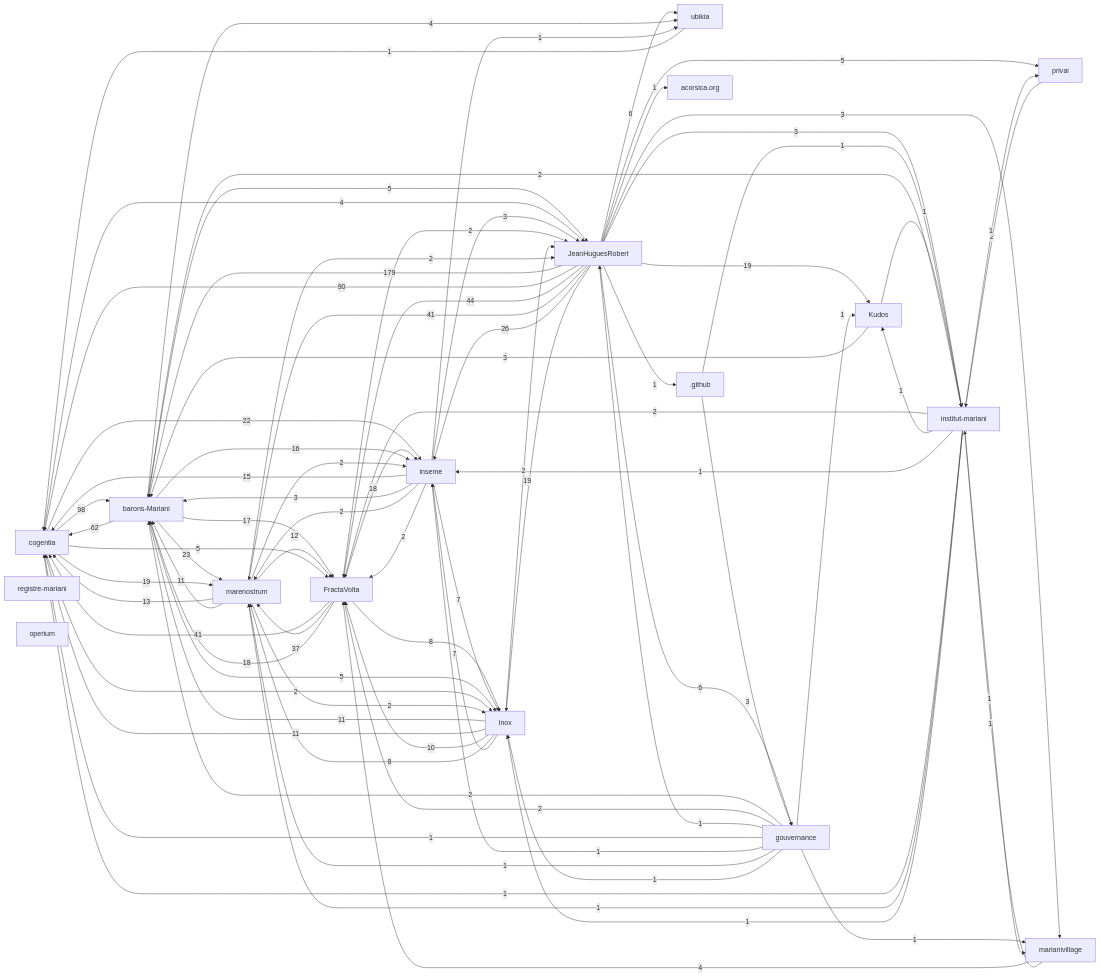
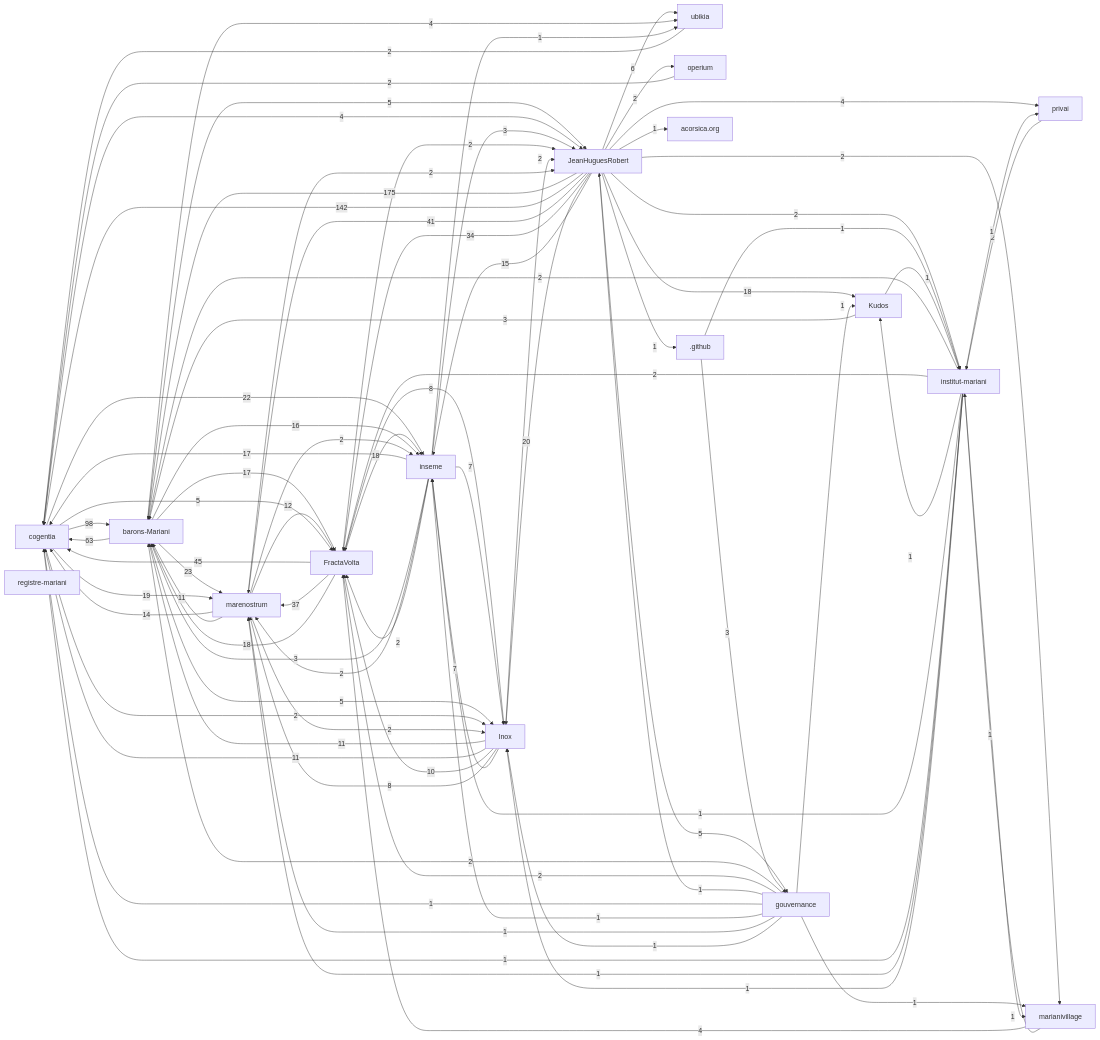
One commit to JeanHuguesRobert/FractaVolta changed the first of 2 diagrams in research/corpus-status.md. Above: the diagram before and after it, drawn with Mermaid. The commit also changed other lines of this file and 1 other file, not shown here.

Commit message:
Refresh corpus research index

````diff
--- a/research/corpus-status.md
+++ b/research/corpus-status.md
@@ -69,26 +69,26 @@
   r_kudos["Kudos"]
   r_github[".github"]
   r_acorsica_org["acorsica.org"]
-  r_jeanhuguesrobert -->|179| r_barons_mariani
+  r_jeanhuguesrobert -->|175| r_barons_mariani
+  r_jeanhuguesrobert -->|142| r_cogentia
   r_cogentia -->|98| r_barons_mariani
-  r_jeanhuguesrobert -->|90| r_cogentia
-  r_barons_mariani -->|62| r_cogentia
-  r_jeanhuguesrobert -->|44| r_fractavolta
-  r_fractavolta -->|41| r_cogentia
+  r_barons_mariani -->|63| r_cogentia
+  r_fractavolta -->|45| r_cogentia
   r_jeanhuguesrobert -->|41| r_marenostrum
   r_fractavolta -->|37| r_marenostrum
-  r_jeanhuguesrobert -->|26| r_inseme
+  r_jeanhuguesrobert -->|34| r_fractavolta
   r_barons_mariani -->|23| r_marenostrum
   r_cogentia -->|22| r_inseme
+  r_jeanhuguesrobert -->|20| r_inox
   r_cogentia -->|19| r_marenostrum
-  r_jeanhuguesrobert -->|19| r_inox
-  r_jeanhuguesrobert -->|19| r_kudos
   r_fractavolta -->|18| r_inseme
   r_fractavolta -->|18| r_barons_mariani
+  r_jeanhuguesrobert -->|18| r_kudos
   r_barons_mariani -->|17| r_fractavolta
+  r_inseme -->|17| r_cogentia
   r_barons_mariani -->|16| r_inseme
-  r_inseme -->|15| r_cogentia
-  r_marenostrum -->|13| r_cogentia
+  r_jeanhuguesrobert -->|15| r_inseme
+  r_marenostrum -->|14| r_cogentia
   r_marenostrum -->|12| r_fractavolta
   r_inox -->|11| r_barons_mariani
   r_inox -->|11| r_cogentia
@@ -98,20 +98,18 @@
   r_inox -->|8| r_marenostrum
   r_inox -->|7| r_inseme
   r_inseme -->|7| r_inox
-  r_jeanhuguesrobert -->|6| r_gouvernance
   r_jeanhuguesrobert -->|6| r_ubikia
   r_barons_mariani -->|5| r_inox
   r_barons_mariani -->|5| r_jeanhuguesrobert
   r_cogentia -->|5| r_fractavolta
-  r_jeanhuguesrobert -->|5| r_privai
+  r_jeanhuguesrobert -->|5| r_gouvernance
   r_barons_mariani -->|4| r_ubikia
   r_cogentia -->|4| r_jeanhuguesrobert
+  r_jeanhuguesrobert -->|4| r_privai
   r_marianivillage -->|4| r_fractavolta
   r_github -->|3| r_gouvernance
   r_inseme -->|3| r_barons_mariani
   r_inseme -->|3| r_jeanhuguesrobert
-  r_jeanhuguesrobert -->|3| r_institut_mariani
-  r_jeanhuguesrobert -->|3| r_marianivillage
   r_kudos -->|3| r_barons_mariani
   r_cogentia -->|2| r_inox
   r_fractavolta -->|2| r_jeanhuguesrobert
@@ -122,10 +120,15 @@
   r_inseme -->|2| r_fractavolta
   r_institut_mariani -->|2| r_barons_mariani
   r_institut_mariani -->|2| r_fractavolta
+  r_jeanhuguesrobert -->|2| r_operium
+  r_jeanhuguesrobert -->|2| r_institut_mariani
+  r_jeanhuguesrobert -->|2| r_marianivillage
   r_marenostrum -->|2| r_jeanhuguesrobert
   r_marenostrum -->|2| r_inseme
   r_marenostrum -->|2| r_inox
+  r_operium -->|2| r_cogentia
   r_privai -->|2| r_institut_mariani
+  r_ubikia -->|2| r_cogentia
   r_github -->|1| r_institut_mariani
   r_gouvernance -->|1| r_jeanhuguesrobert
   r_gouvernance -->|1| r_cogentia
@@ -146,5 +149,4 @@
   r_jeanhuguesrobert -->|1| r_acorsica_org
   r_kudos -->|1| r_institut_mariani
   r_marianivillage -->|1| r_institut_mariani
-  r_ubikia -->|1| r_cogentia
 ```
````
